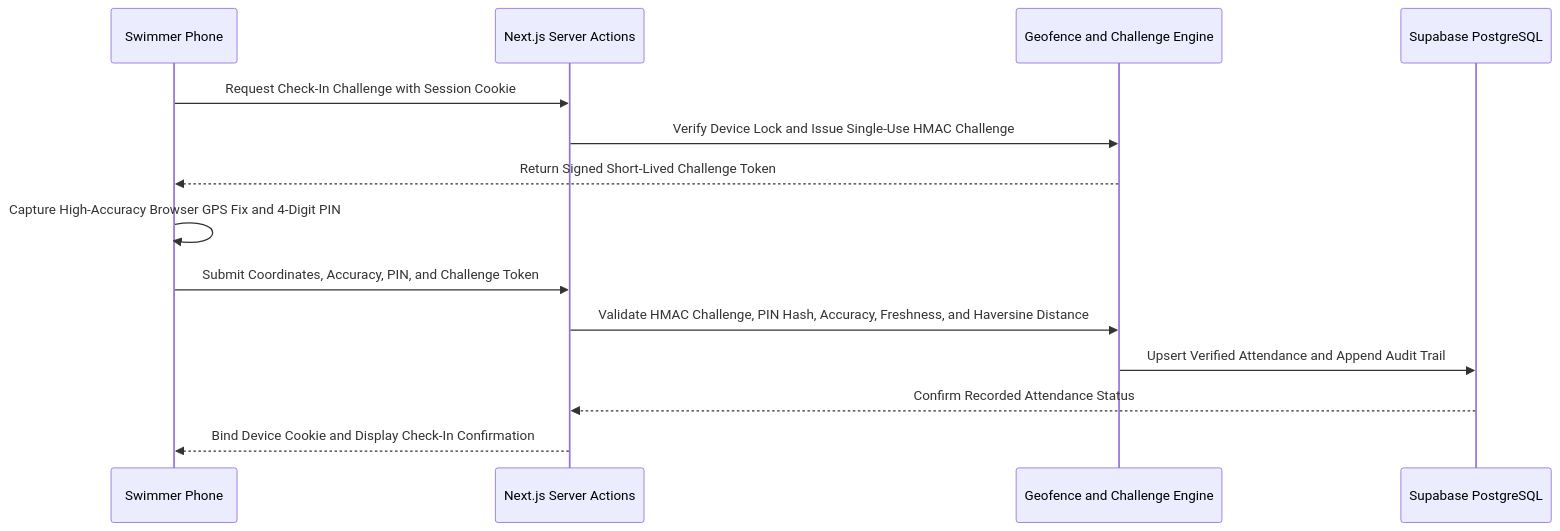
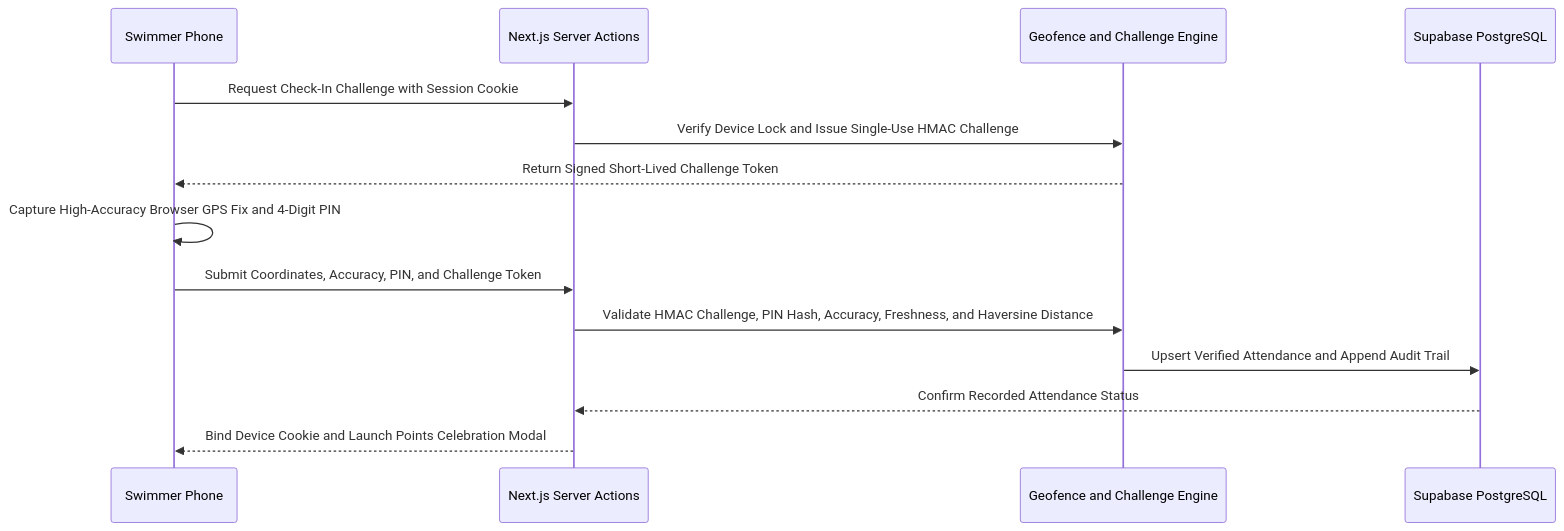
The second of 3 diagrams in README.md (theekshana-sudeepa/swimtrack), drawn with Mermaid before and after one commit. The commit also changed other lines of this file, not shown here.

Commit message:
docs(readme): sync features, Mermaid architecture/ER diagrams, migrations, and structure for Squad Memories, Tier 1, and Tier 2

````diff
--- a/README.md
+++ b/README.md
@@ -139,17 +154,17 @@
 ```mermaid
 sequenceDiagram
     participant Swimmer as Swimmer Phone
     participant Portal as Next.js Server Actions
     participant Geo as Geofence and Challenge Engine
     participant DB as Supabase PostgreSQL
 
     Swimmer->>Portal: Request Check-In Challenge with Session Cookie
     Portal->>Geo: Verify Device Lock and Issue Single-Use HMAC Challenge
     Geo-->>Swimmer: Return Signed Short-Lived Challenge Token
     Swimmer->>Swimmer: Capture High-Accuracy Browser GPS Fix and 4-Digit PIN
     Swimmer->>Portal: Submit Coordinates, Accuracy, PIN, and Challenge Token
     Portal->>Geo: Validate HMAC Challenge, PIN Hash, Accuracy, Freshness, and Haversine Distance
     Geo->>DB: Upsert Verified Attendance and Append Audit Trail
     DB-->>Portal: Confirm Recorded Attendance Status
-    Portal-->>Swimmer: Bind Device Cookie and Display Check-In Confirmation
+    Portal-->>Swimmer: Bind Device Cookie and Launch Points Celebration Modal
 ```
````
